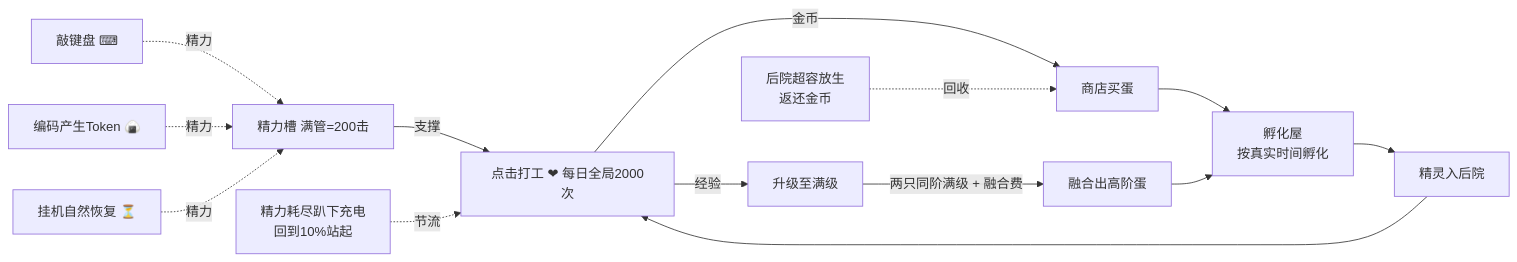
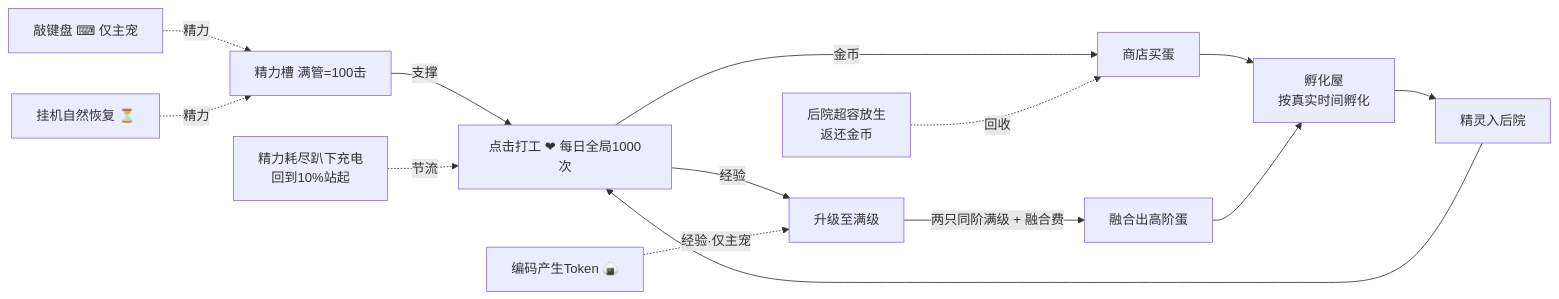
Before and after one commit to SpecterMyth/Gulugulu: the diagram in docs/gdd/CoreGameplay.md, drawn with Mermaid. The commit also changed other lines of this file and 28 other files, not shown here.

````diff
--- a/docs/gdd/CoreGameplay.md
+++ b/docs/gdd/CoreGameplay.md
@@ -22,16 +23,16 @@
 ```mermaid
 flowchart LR
-  K[敲键盘 ⌨] -.精力.-> E[精力槽 满管=200击]
-  T[编码产生Token 🍙] -.精力.-> E
+  K[敲键盘 ⌨ 仅主宠] -.精力.-> E[精力槽 满管=100击]
   I[挂机自然恢复 ⏳] -.精力.-> E
-  E -->|支撑| W[点击打工 ❤ 每日全局2000次]
+  E -->|支撑| W[点击打工 ❤ 每日全局1000次]
   W -->|金币| S[商店买蛋]
   W -->|经验| L[升级至满级]
+  T[编码产生Token 🍙] -.经验·仅主宠.-> L
   S --> H[孵化屋<br>按真实时间孵化]
   H --> Y[精灵入后院]
   L -->|两只同阶满级 + 融合费| F[融合出高阶蛋]
   F --> H
   Y --> W
   Z[精力耗尽趴下充电<br>回到10%站起] -.节流.-> W
   R[后院超容放生<br>返还金币] -.回收.-> S
 ```
````
